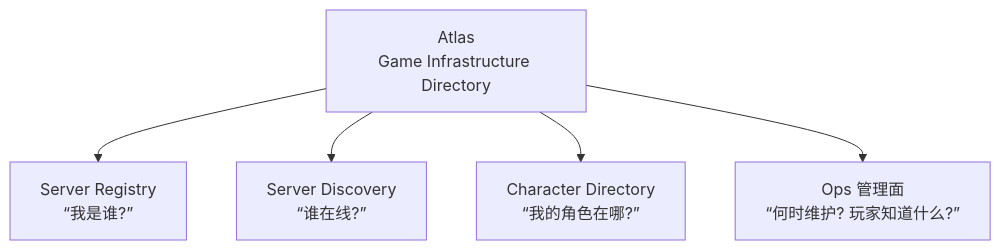
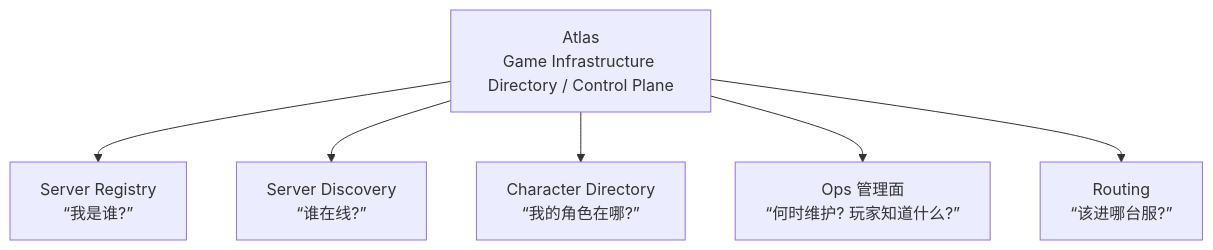
Before and after one commit to cuihairu/atlas: the diagram in docs/roadmap.md, drawn with Mermaid. The commit also changed other lines of this file and 1 other file, not shown here.

````diff
--- a/docs/roadmap.md
+++ b/docs/roadmap.md
@@ -7,7 +7,8 @@
 ```mermaid
 flowchart TB
-    A["Atlas<br/>Game Infrastructure Directory"] --> R["Server Registry<br/>“我是谁?”"]
+    A["Atlas<br/>Game Infrastructure Directory / Control Plane"] --> R["Server Registry<br/>“我是谁?”"]
     A --> D["Server Discovery<br/>“谁在线?”"]
     A --> C["Character Directory<br/>“我的角色在哪?”"]
     A --> O["Ops 管理面<br/>“何时维护? 玩家知道什么?”"]
+    A --> T["Routing<br/>“该进哪台服?”"]
 ```
````
